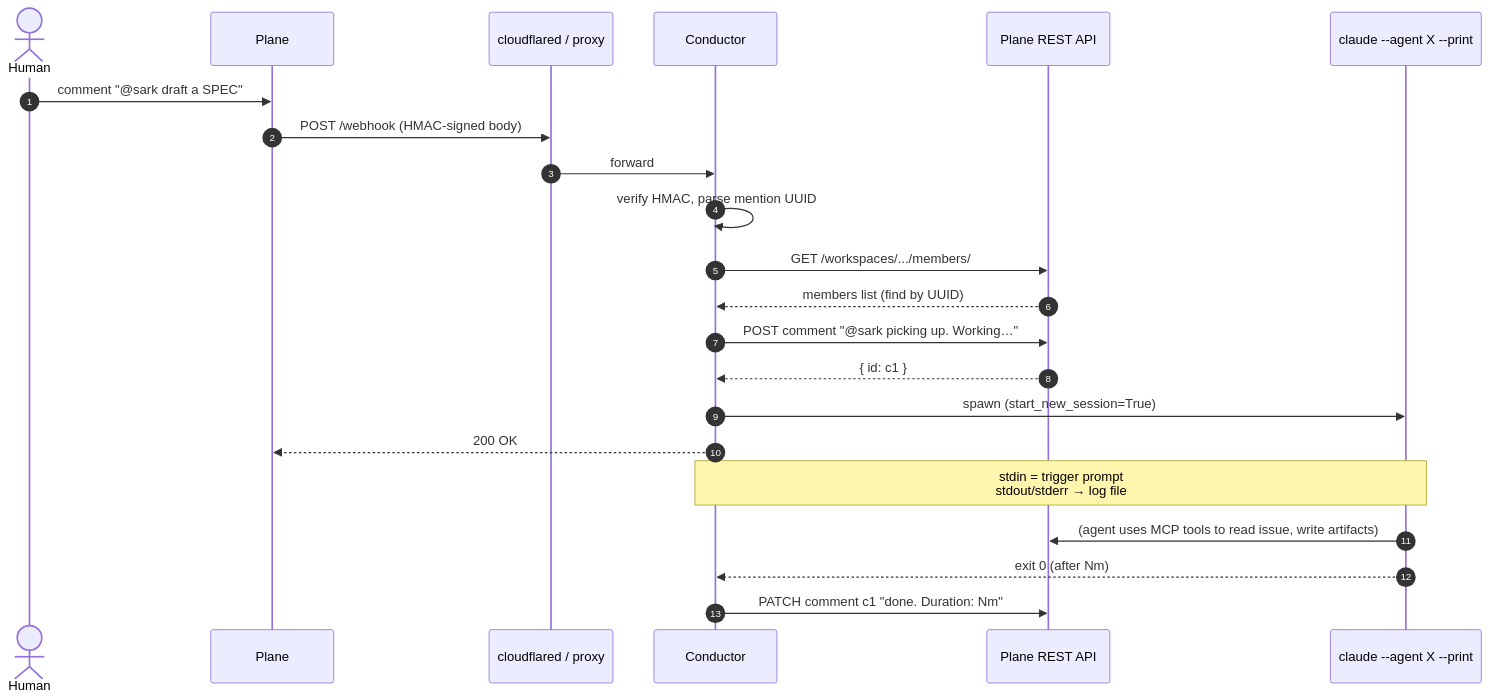
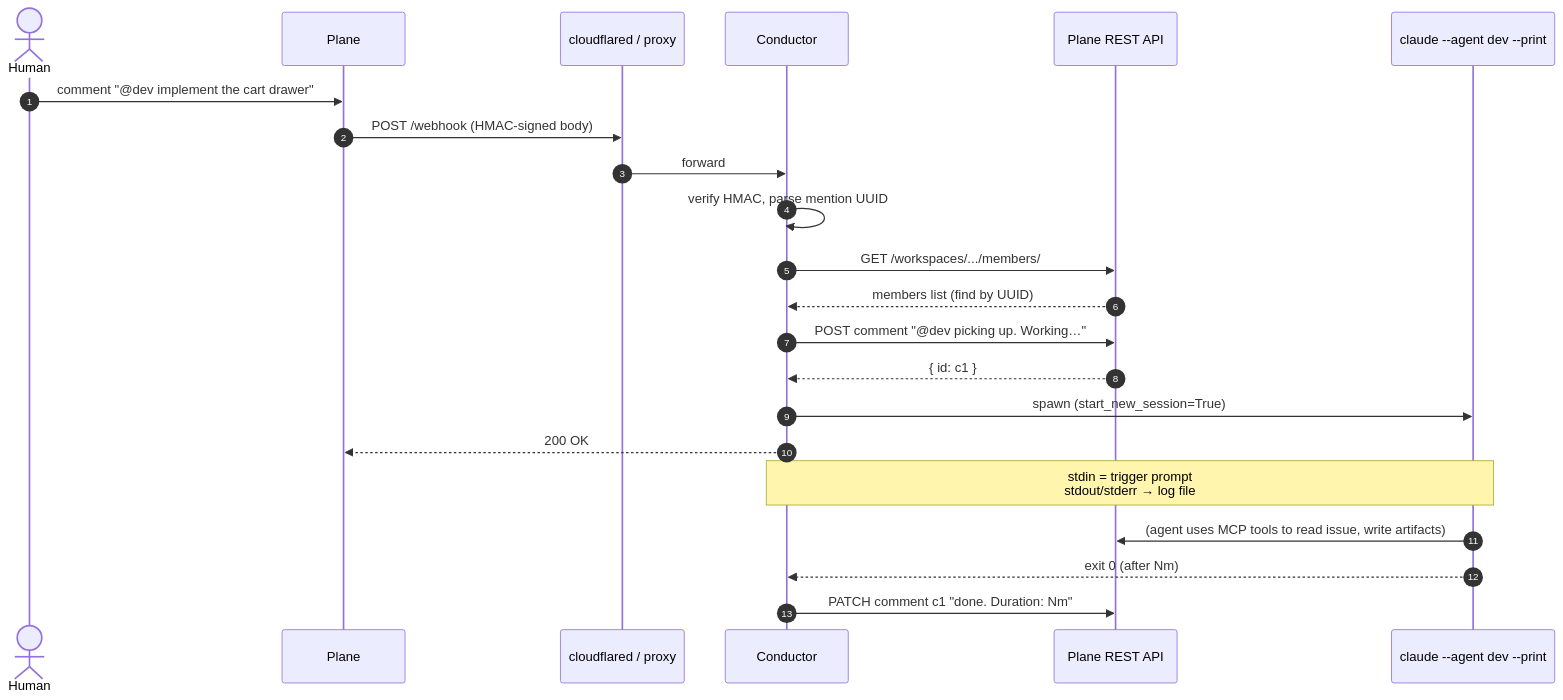
The first of 2 diagrams in docs/architecture.md (volodchenkov/plane-conductor), drawn with Mermaid before and after one commit. The commit also changed 1 other file, not shown here.

Commit message:
docs: replace @sark example with @dev in README + architecture
The Tron-character nicknames in the example workflow only make sense if
you've read the SDLC pack docs. New readers landing on the README see
"@sark" with no context. Use the neutral "@dev" matching
examples/minimal-conductor.yaml so the demo blocks read straight.

The component diagram in docs/architecture.md keeps "X" as a generic
placeholder — that block is the blueprint, not a worked example.

````diff
--- a/docs/architecture.md
+++ b/docs/architecture.md
@@ -17,25 +17,25 @@
 ```mermaid
 sequenceDiagram
     autonumber
     actor Human
     participant Plane
     participant Tunnel as cloudflared / proxy
     participant Conductor
     participant PlaneAPI as Plane REST API
-    participant Claude as claude --agent X --print
+    participant Claude as claude --agent dev --print
 
-    Human->>Plane: comment "@sark draft a SPEC"
+    Human->>Plane: comment "@dev implement the cart drawer"
     Plane->>Tunnel: POST /webhook (HMAC-signed body)
     Tunnel->>Conductor: forward
     Conductor->>Conductor: verify HMAC, parse mention UUID
     Conductor->>PlaneAPI: GET /workspaces/.../members/
     PlaneAPI-->>Conductor: members list (find by UUID)
-    Conductor->>PlaneAPI: POST comment "@sark picking up. Working…"
+    Conductor->>PlaneAPI: POST comment "@dev picking up. Working…"
     PlaneAPI-->>Conductor: { id: c1 }
     Conductor->>Claude: spawn (start_new_session=True)
     Conductor-->>Plane: 200 OK
     Note over Conductor,Claude: stdin = trigger prompt<br/>stdout/stderr → log file
     Claude->>PlaneAPI: (agent uses MCP tools to read issue, write artifacts)
     Claude-->>Conductor: exit 0 (after Nm)
     Conductor->>PlaneAPI: PATCH comment c1 "done. Duration: Nm"
 ```
````
